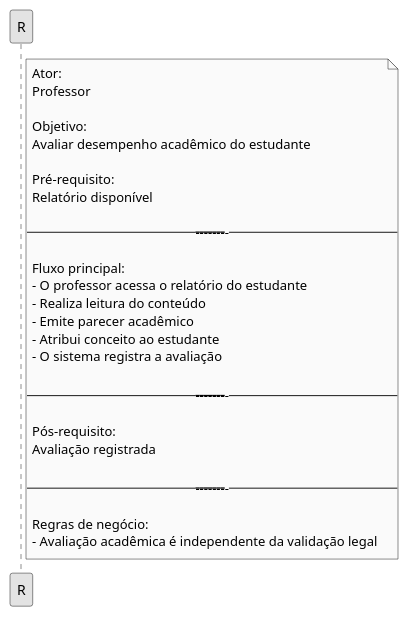
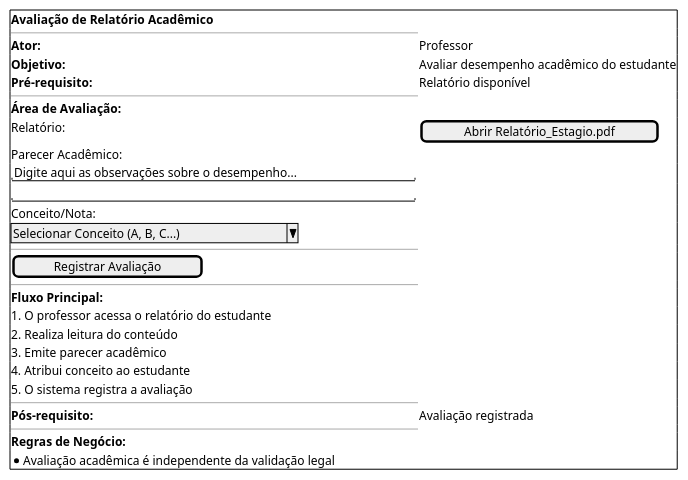
The eighth of 10 diagrams in docs/Iniciacao/prototipo_baixa_fidelidade.md (Projetos-de-Extensao/PBE_26.1_8001_VII), drawn with PlantUML before and after one commit. The commit also changed other lines of this file, not shown here.

````diff
--- a/docs/Iniciacao/prototipo_baixa_fidelidade.md
+++ b/docs/Iniciacao/prototipo_baixa_fidelidade.md
@@ -326,40 +250,34 @@
-```puml
-@startuml
-
-
-skinparam monochrome true
-skinparam shadowing false
-
-
-note right of R
-Ator:
-Professor
-
-Objetivo:
-Avaliar desempenho acadêmico do estudante
-
-Pré-requisito:
-Relatório disponível
-
-----------------------------------------
-
-Fluxo principal:
-- O professor acessa o relatório do estudante
-- Realiza leitura do conteúdo
-- Emite parecer acadêmico
-- Atribui conceito ao estudante
-- O sistema registra a avaliação
-
-----------------------------------------
-
-Pós-requisito:
-Avaliação registrada
-
-----------------------------------------
-
-Regras de negócio:
-- Avaliação acadêmica é independente da validação legal
-end note
-
-@enduml
+```plantuml
+@startsalt
+{+
+  **Avaliação de Relatório Acadêmico**
+  --
+  **Ator:** | Professor
+  **Objetivo:** | Avaliar desempenho acadêmico do estudante
+  **Pré-requisito:** | Relatório disponível
+  --
+  **Área de Avaliação:**
+  Relatório: | [ Abrir Relatório_Estagio.pdf ]
+  Parecer Acadêmico:
+  "Digite aqui as observações sobre o desempenho...  "
+  "                                                  "
+  
+  Conceito/Nota:
+  ^ Selecionar Conceito (A, B, C...) ^
+  --
+  [  Registrar Avaliação  ]
+  --
+  **Fluxo Principal:**
+  1. O professor acessa o relatório do estudante
+  2. Realiza leitura do conteúdo
+  3. Emite parecer acadêmico
+  4. Atribui conceito ao estudante
+  5. O sistema registra a avaliação
+  --
+  **Pós-requisito:** | Avaliação registrada
+  --
+  **Regras de Negócio:**
+  * Avaliação acadêmica é independente da validação legal
+}
+@endsalt
 ```
````
